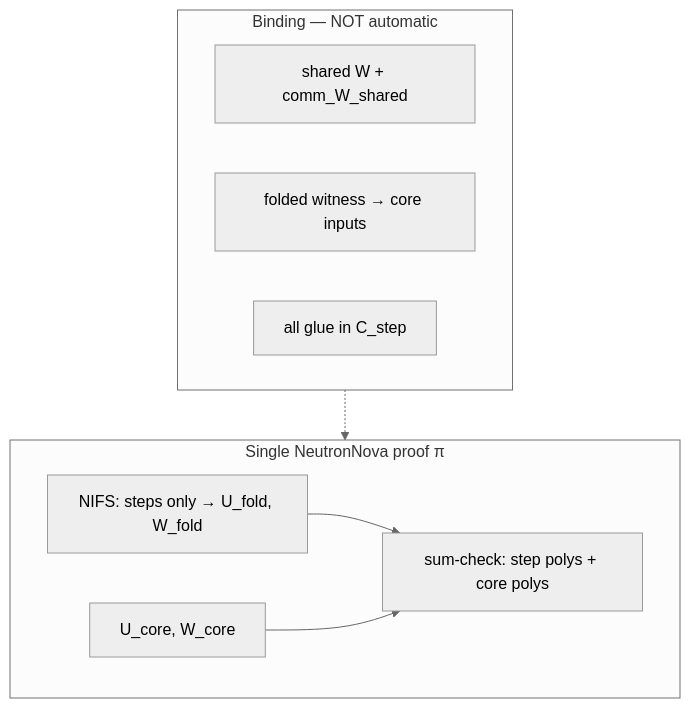
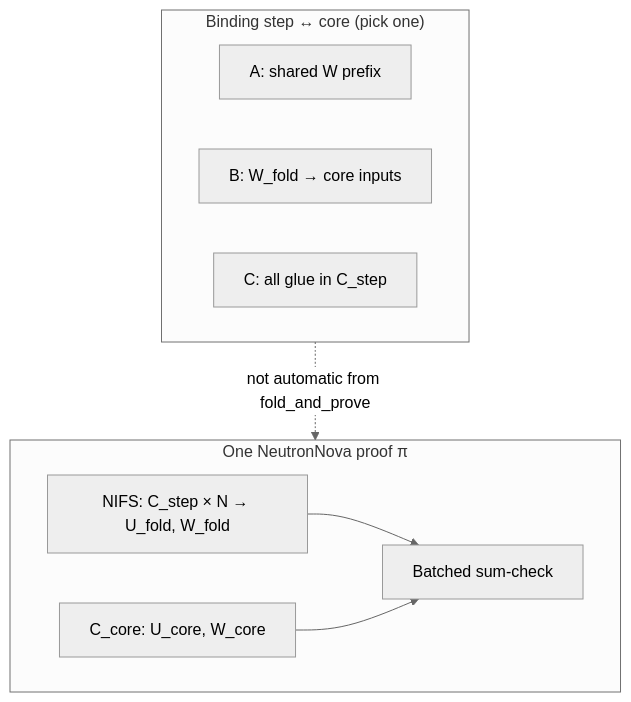
One commit to miha-stopar/sphincs-circuit changed the second of 3 diagrams in docs/HACKMD_NEUTRONNOVA_PLAN.md. Above: the diagram before and after it, drawn with Mermaid (neutral theme). The commit also changed other lines of this file, not shown here.

First line of the commit message:
Revise HackMD plan: clarify step/core binding, bugs, drop decision log.

````diff
--- a/docs/HACKMD_NEUTRONNOVA_PLAN.md
+++ b/docs/HACKMD_NEUTRONNOVA_PLAN.md
@@ -96,18 +144,18 @@
 ```mermaid
 flowchart TB
-  subgraph prove["Single NeutronNova proof π"]
-    FOLD["NIFS: steps only → U_fold, W_fold"]
-    CORE["U_core, W_core"]
-    SC["sum-check: step polys + core polys"]
+  subgraph prove["One NeutronNova proof π"]
+    FOLD["NIFS: C_step × N → U_fold, W_fold"]
+    CORE["C_core: U_core, W_core"]
+    SC["Batched sum-check"]
     FOLD --> SC
     CORE --> SC
   end
 
-  subgraph bind["Binding — NOT automatic"]
-    SH["shared W + comm_W_shared"]
-    IO["folded witness → core inputs"]
-    PACK["all glue in C_step"]
+  subgraph bind["Binding step ↔ core (pick one)"]
+    A["A: shared W prefix"]
+    B["B: W_fold → core inputs"]
+    C["C: all glue in C_step"]
   end
 
-  bind -.-> prove
+  bind -.->|"not automatic from fold_and_prove"| prove
 ```
````
